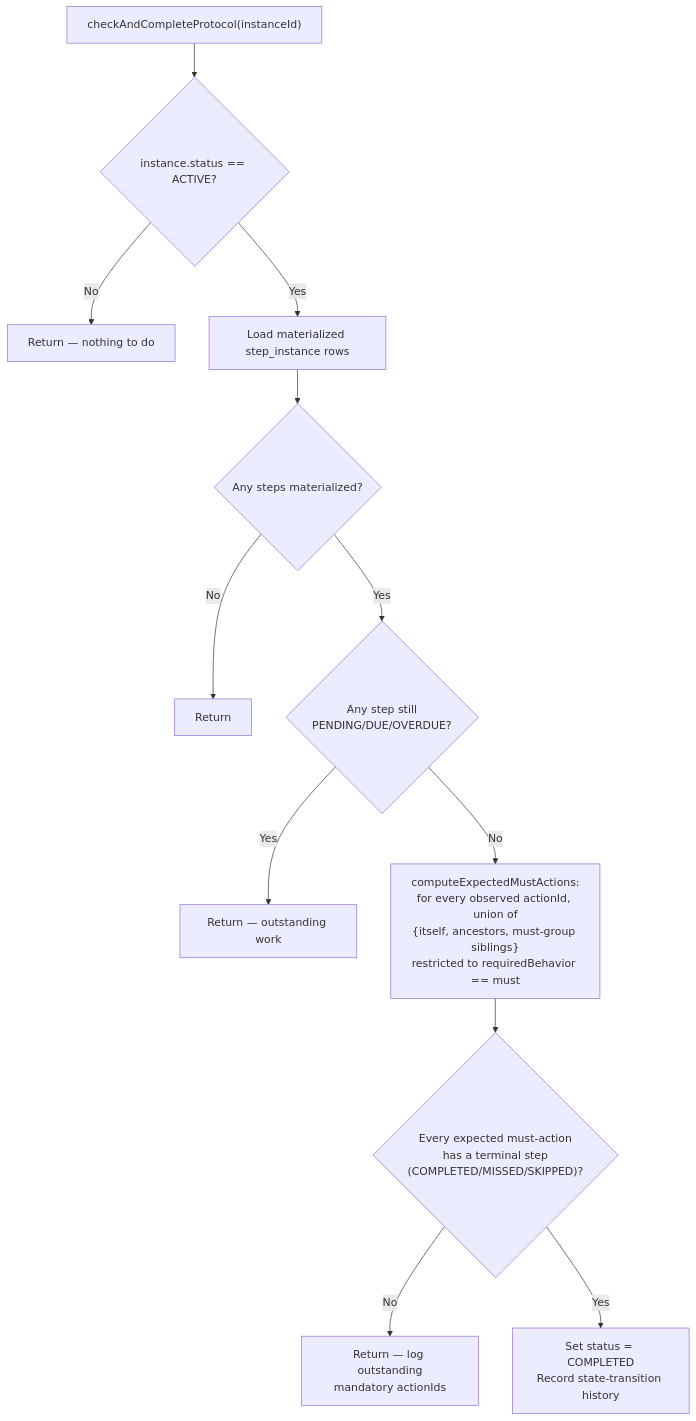
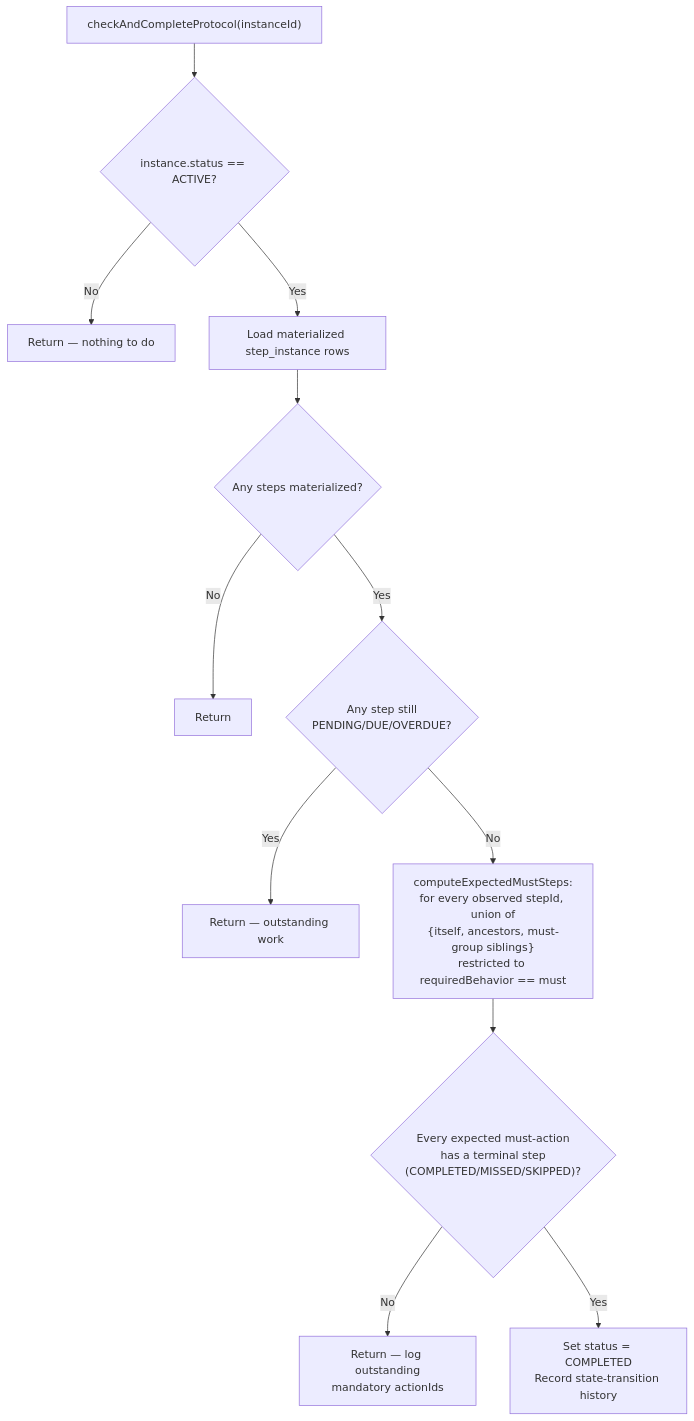
One commit to Jayaprakash8887/cce-compliance-service changed diagram 13 of 13 in docs/flow-diagrams.md. Above: the diagram before and after it, drawn with Mermaid. The commit also changed other lines of this file and 6 other files, not shown here.

Commit message:
Addressing step instances for  unrecorded mandatory predecessor steps

````diff
--- a/docs/flow-diagrams.md
+++ b/docs/flow-diagrams.md
@@ -564,14 +584,14 @@
 ```mermaid
 flowchart TD
     START["checkAndCompleteProtocol(instanceId)"] --> ACTIVE{"instance.status == ACTIVE?"}
     ACTIVE -->|"No"| RETURN1["Return — nothing to do"]
     ACTIVE -->|"Yes"| LOAD["Load materialized step_instance rows"]
     LOAD --> EMPTY{"Any steps materialized?"}
     EMPTY -->|"No"| RETURN2["Return"]
     EMPTY -->|"Yes"| ACTIONABLE{"Any step still<br/>PENDING/DUE/OVERDUE?"}
     ACTIONABLE -->|"Yes"| RETURN3["Return — outstanding work"]
-    ACTIONABLE -->|"No"| EXPECT["computeExpectedMustActions:<br/>for every observed actionId, union of<br/>{itself, ancestors, must-group siblings}<br/>restricted to requiredBehavior == must"]
+    ACTIONABLE -->|"No"| EXPECT["computeExpectedMustSteps:<br/>for every observed stepId, union of<br/>{itself, ancestors, must-group siblings}<br/>restricted to requiredBehavior == must"]
     EXPECT --> CHECK{"Every expected must-action<br/>has a terminal step<br/>(COMPLETED/MISSED/SKIPPED)?"}
     CHECK -->|"No"| RETURN4["Return — log outstanding<br/>mandatory actionIds"]
     CHECK -->|"Yes"| COMPLETE["Set status = COMPLETED<br/>Record state-transition history"]
 ```
````
